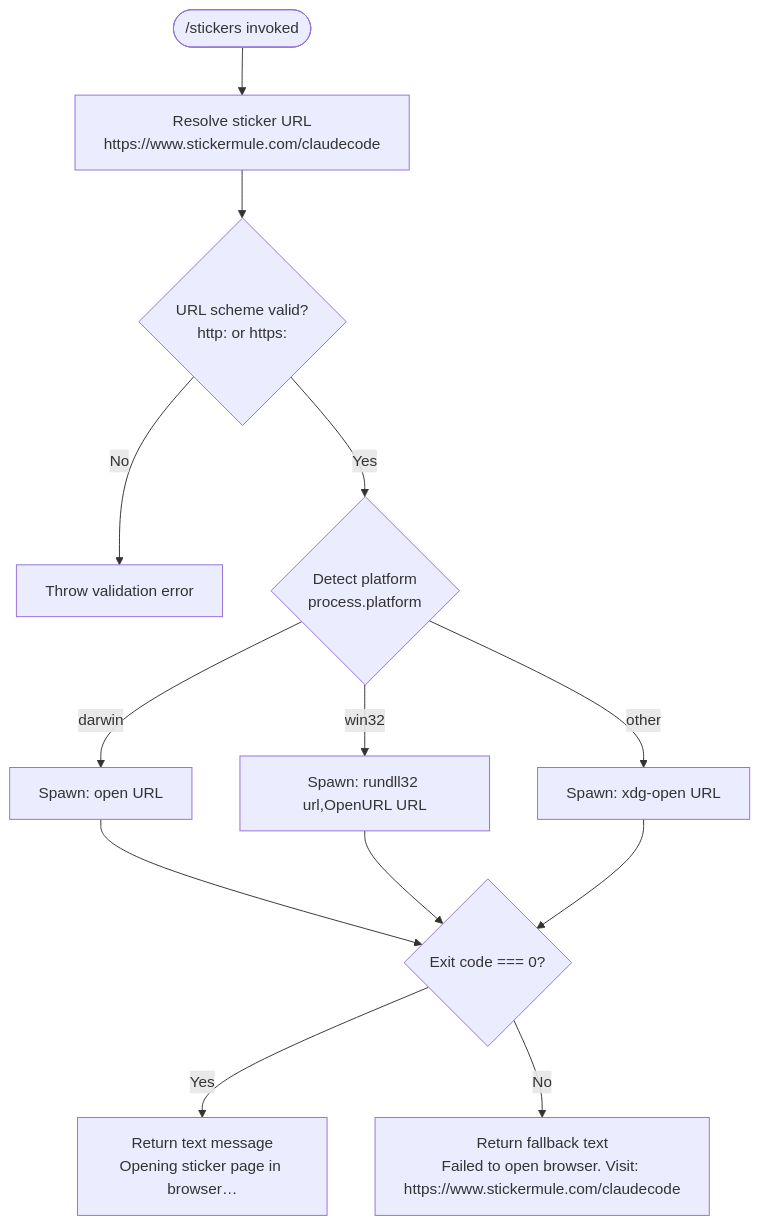
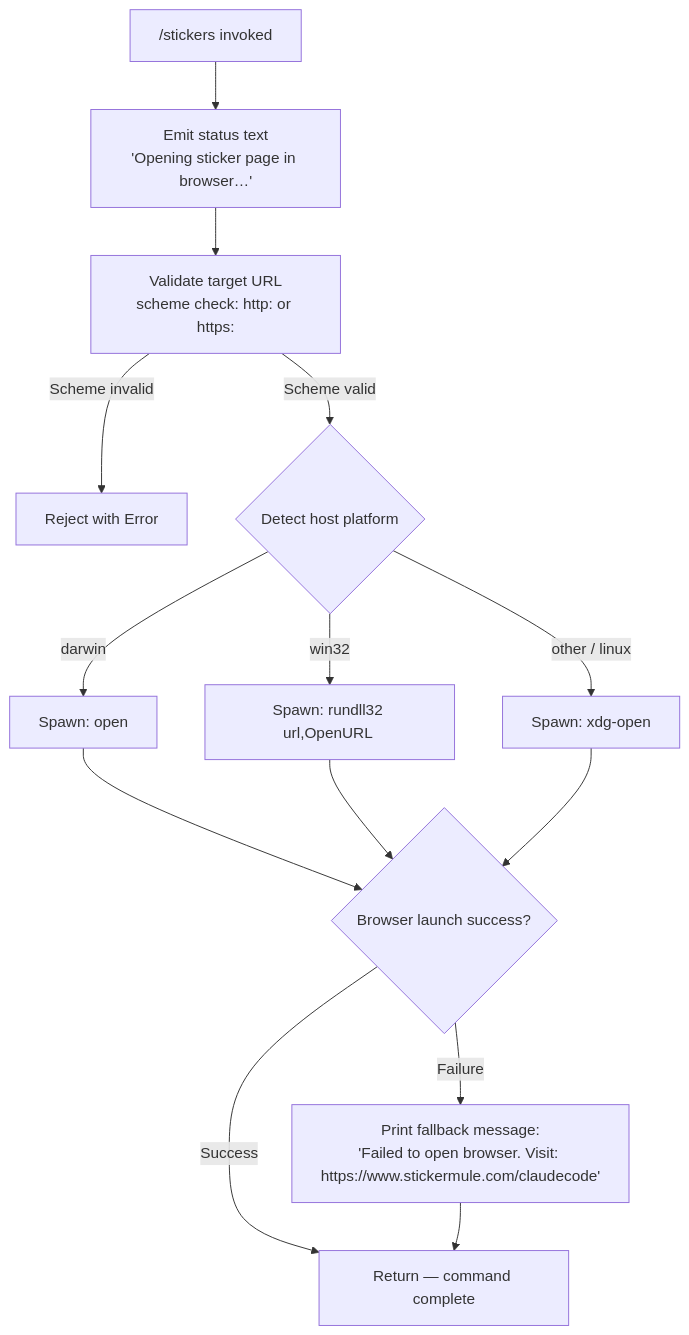
Before and after one commit to MyLittleLuckyDog/cc-gnothi: the diagram in versions/v2.1.143/stickers.md, drawn with Mermaid. The commit also changed other lines of this file and 87 other files, not shown here.

````diff
--- a/versions/v2.1.143/stickers.md
+++ b/versions/v2.1.143/stickers.md
@@ -46,13 +46,16 @@
 ```mermaid
 flowchart TD
-    A([/stickers invoked]) --> B[Resolve sticker URL\nhttps://www.stickermule.com/claudecode]
-    B --> C{URL scheme valid?\nhttp: or https:}
-    C -- No --> D[Throw validation error]
-    C -- Yes --> E{Detect platform\nprocess.platform}
-    E -- darwin --> F[Spawn: open URL]
-    E -- win32 --> G[Spawn: rundll32 url,OpenURL URL]
-    E -- other --> H[Spawn: xdg-open URL]
-    F & G & H --> I{Exit code === 0?}
-    I -- Yes --> J[Return text message\nOpening sticker page in browser…]
-    I -- No --> K[Return fallback text\nFailed to open browser. Visit: https://www.stickermule.com/claudecode]
+    A["/stickers invoked"] --> B[Emit status text\n'Opening sticker page in browser…']
+    B --> C[Validate target URL\nscheme check: http: or https:]
+    C -->|Scheme invalid| D[Reject with Error]
+    C -->|Scheme valid| E{Detect host platform}
+    E -->|darwin| F["Spawn: open <url>"]
+    E -->|win32| G["Spawn: rundll32 url,OpenURL <url>"]
+    E -->|other / linux| H["Spawn: xdg-open <url>"]
+    F --> I{Browser launch success?}
+    G --> I
+    H --> I
+    I -->|Success| J[Return — command complete]
+    I -->|Failure| K["Print fallback message:\n'Failed to open browser. Visit: https://www.stickermule.com/claudecode'"]
+    K --> J
 ```
````
